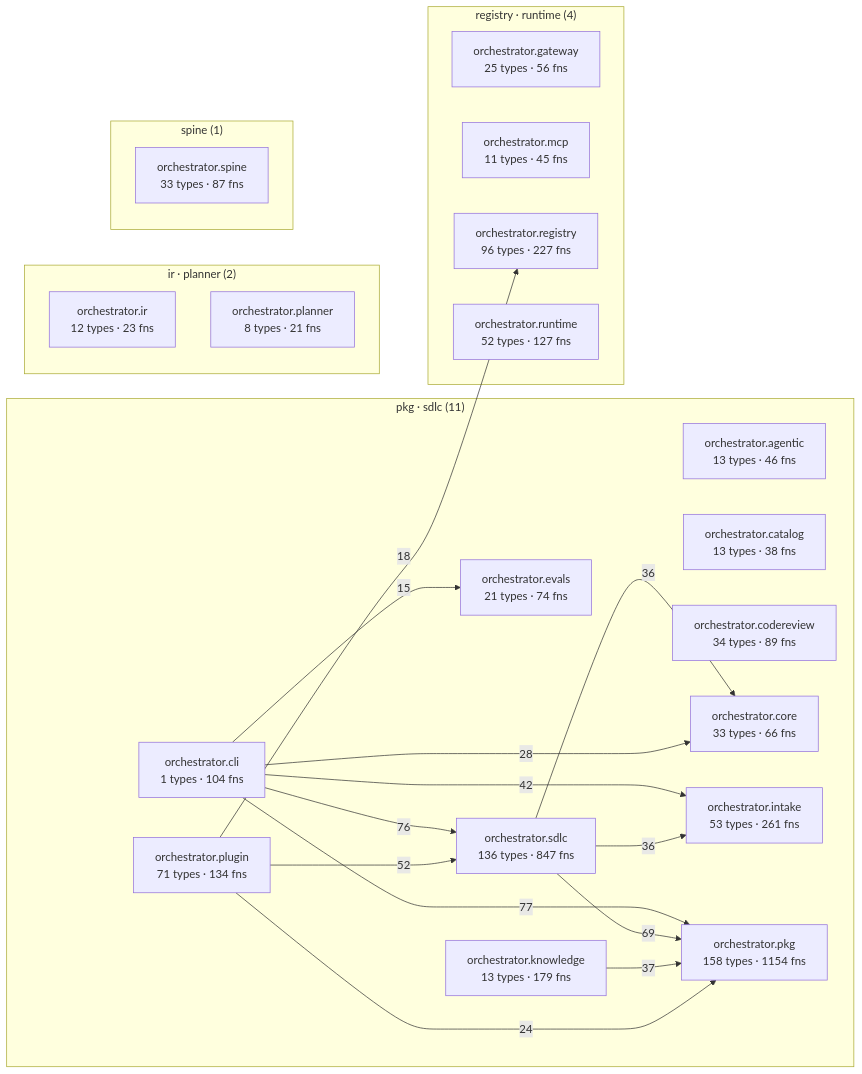
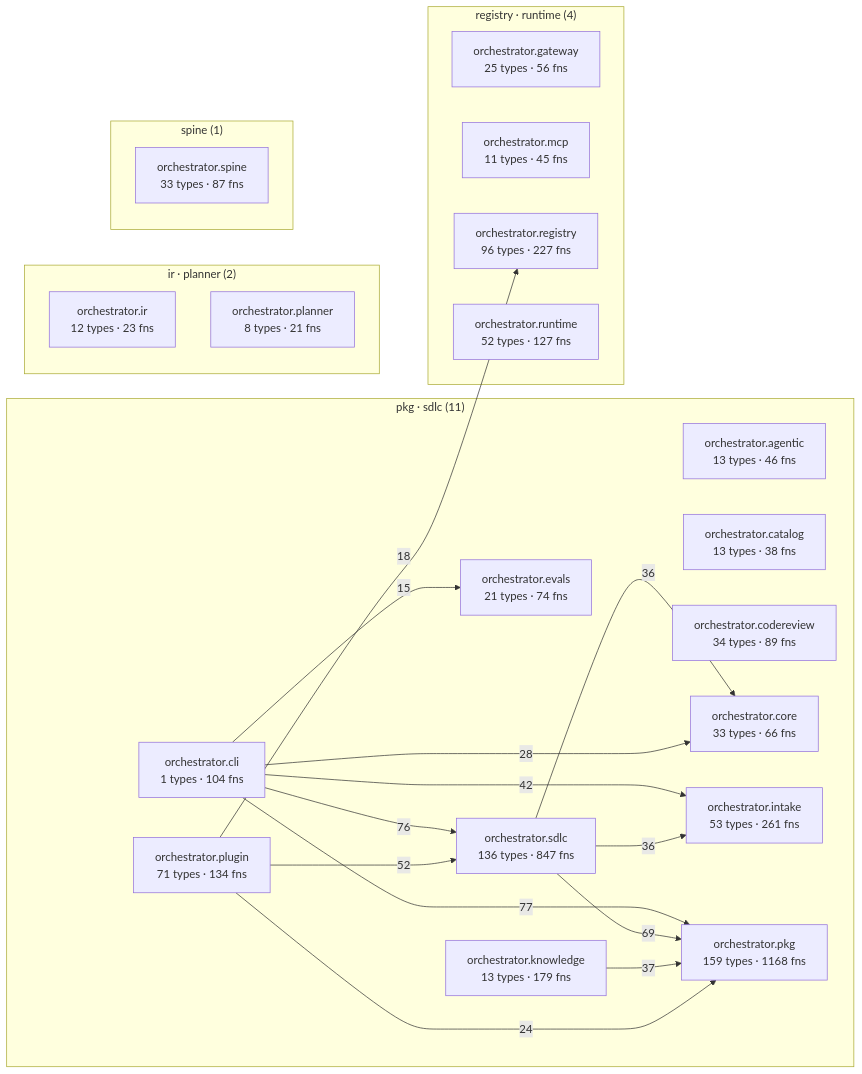
One commit to synaptixs/spine changed the diagram in episteme/architecture.md. Above: the diagram before and after it, drawn with Mermaid. The commit also changed other lines of this file and 9 other files, not shown here.

````diff
--- a/episteme/architecture.md
+++ b/episteme/architecture.md
@@ -55,41 +55,41 @@
 ```mermaid
 flowchart LR
   subgraph c_2["pkg · sdlc (11)"]
     aorchestratoragentic["orchestrator.agentic<br/>13 types · 46 fns"]
     aorchestratorcatalog["orchestrator.catalog<br/>13 types · 38 fns"]
     aorchestratorcli["orchestrator.cli<br/>1 types · 104 fns"]
     aorchestratorcodereview["orchestrator.codereview<br/>34 types · 89 fns"]
     aorchestratorcore["orchestrator.core<br/>33 types · 66 fns"]
     aorchestratorevals["orchestrator.evals<br/>21 types · 74 fns"]
     aorchestratorintake["orchestrator.intake<br/>53 types · 261 fns"]
     aorchestratorknowledge["orchestrator.knowledge<br/>13 types · 179 fns"]
-    aorchestratorpkg["orchestrator.pkg<br/>158 types · 1154 fns"]
+    aorchestratorpkg["orchestrator.pkg<br/>159 types · 1168 fns"]
     aorchestratorplugin["orchestrator.plugin<br/>71 types · 134 fns"]
     aorchestratorsdlc["orchestrator.sdlc<br/>136 types · 847 fns"]
   end
   subgraph c_4["registry · runtime (4)"]
     aorchestratorgateway["orchestrator.gateway<br/>25 types · 56 fns"]
     aorchestratormcp["orchestrator.mcp<br/>11 types · 45 fns"]
     aorchestratorregistry["orchestrator.registry<br/>96 types · 227 fns"]
     aorchestratorruntime["orchestrator.runtime<br/>52 types · 127 fns"]
   end
   subgraph c_6["ir · planner (2)"]
     aorchestratorir["orchestrator.ir<br/>12 types · 23 fns"]
     aorchestratorplanner["orchestrator.planner<br/>8 types · 21 fns"]
   end
   subgraph c_11["spine (1)"]
     aorchestratorspine["orchestrator.spine<br/>33 types · 87 fns"]
   end
   aorchestratorcli -->|77| aorchestratorpkg
   aorchestratorcli -->|76| aorchestratorsdlc
   aorchestratorsdlc -->|69| aorchestratorpkg
   aorchestratorplugin -->|52| aorchestratorsdlc
   aorchestratorcli -->|42| aorchestratorintake
   aorchestratorknowledge -->|37| aorchestratorpkg
   aorchestratorsdlc -->|36| aorchestratorcore
   aorchestratorsdlc -->|36| aorchestratorintake
   aorchestratorcli -->|28| aorchestratorcore
   aorchestratorplugin -->|24| aorchestratorpkg
   aorchestratorplugin -->|18| aorchestratorregistry
   aorchestratorcli -->|15| aorchestratorevals
 ```
````
